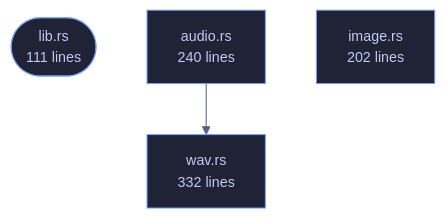
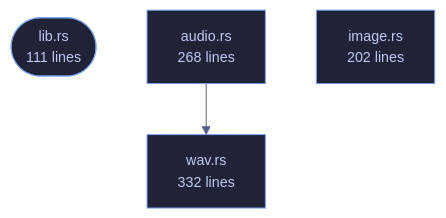
The diagram in crates/veilvoice-meta/README.md (tilas01/veilvoice), drawn with Mermaid before and after one commit. The commit also changed other lines of this file and 61 other files, not shown here.

````diff
--- a/crates/veilvoice-meta/README.md
+++ b/crates/veilvoice-meta/README.md
@@ -65,9 +65,9 @@
 ```mermaid
 %%{init: {"theme":"base","themeVariables":{"background":"#1a1b26","primaryColor":"#1f2335","primaryTextColor":"#c0caf5","primaryBorderColor":"#7aa2f7","secondaryColor":"#16161e","tertiaryColor":"#16161e","lineColor":"#565f89","textColor":"#c0caf5","mainBkg":"#1f2335","nodeBorder":"#7aa2f7","clusterBkg":"#16161e","clusterBorder":"#2f3549","fontFamily":"ui-monospace, SFMono-Regular, Consolas, monospace","fontSize":"14px"}}}%%
 flowchart TD
     n_lib(["lib.rs<br/>111 lines"])
-    n_audio["audio.rs<br/>240 lines"]
+    n_audio["audio.rs<br/>268 lines"]
     n_image["image.rs<br/>202 lines"]
     n_wav["wav.rs<br/>332 lines"]
     n_audio --> n_wav
 ```
````
